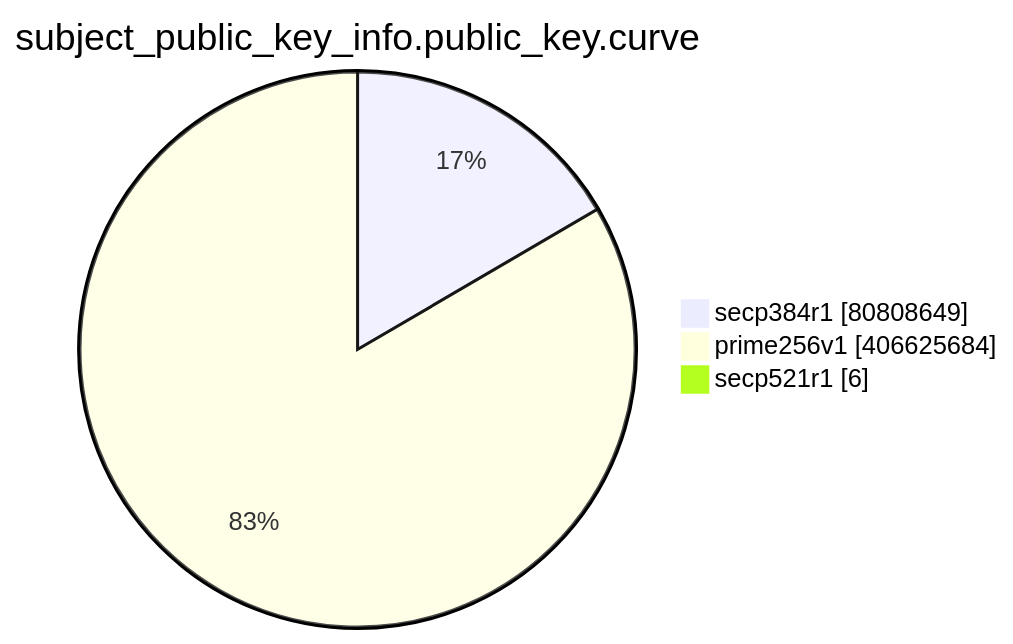
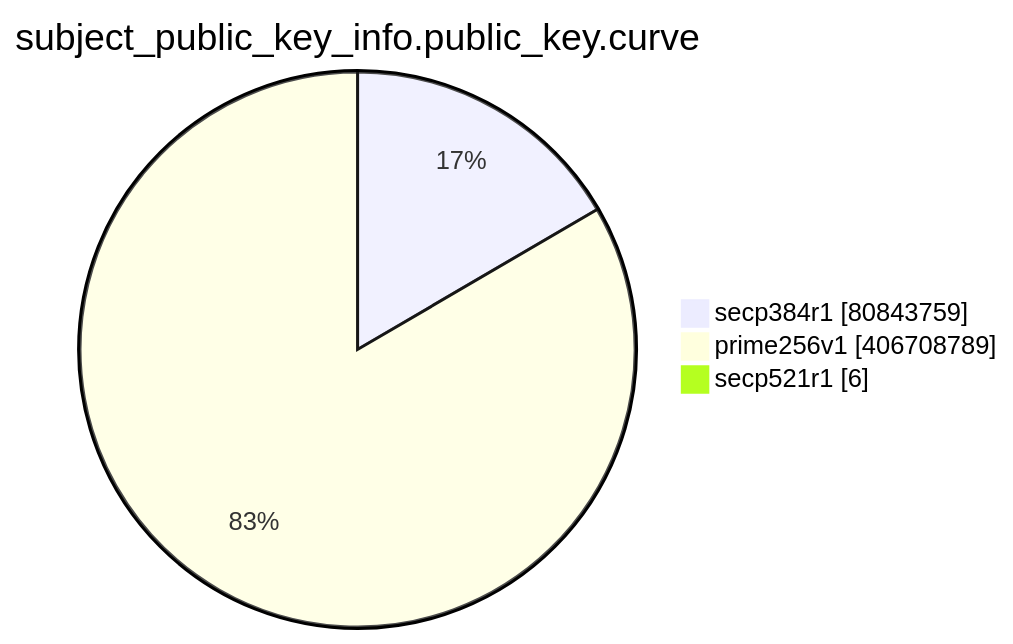
The eighth of 15 diagrams in TOTAL/README.md (christiankrug/ctmonitor_visualization), drawn with Mermaid before and after one commit. The commit also changed other lines of this file, not shown here.

````diff
--- a/TOTAL/README.md
+++ b/TOTAL/README.md
@@ -3096,7 +3096,7 @@
 ```mermaid
 pie showData
 title subject_public_key_info.public_key.curve
-"secp384r1" :80808649
-"prime256v1" :406625684
+"secp384r1" :80843759
+"prime256v1" :406708789
 "secp521r1" :6
 ```
````
